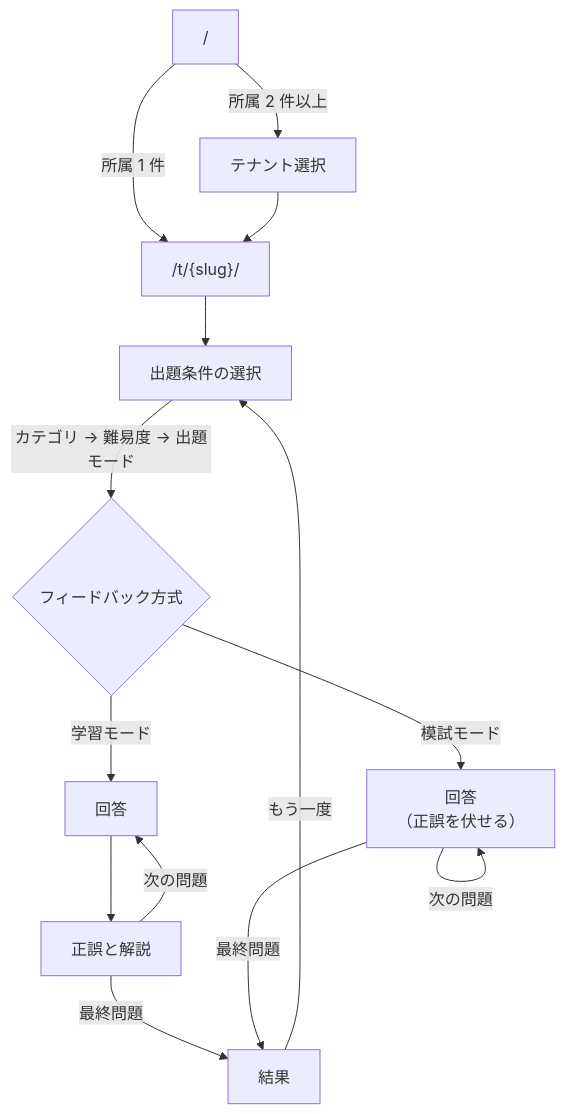
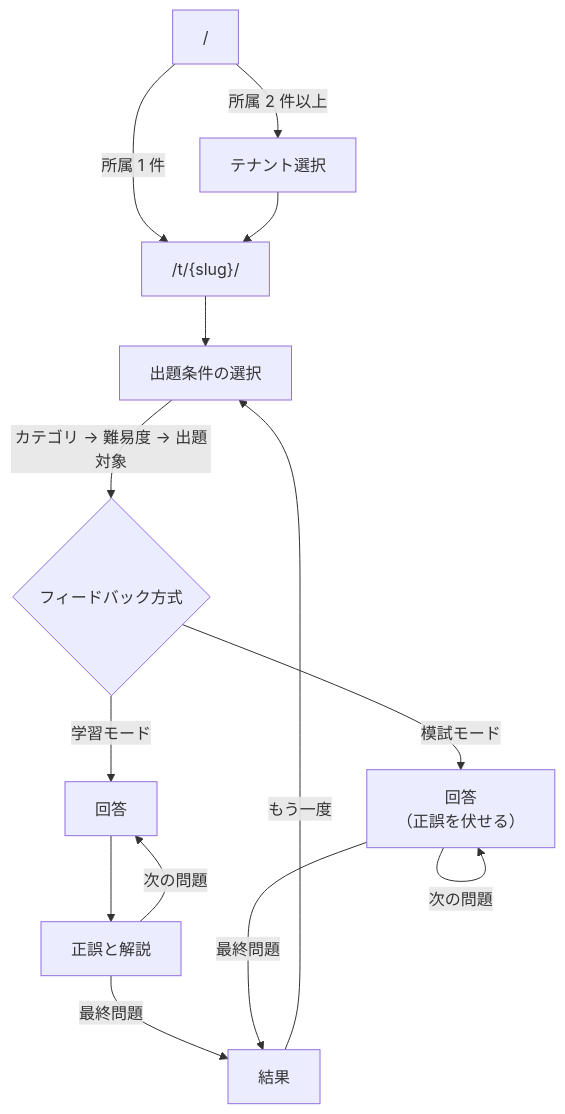
Before and after one commit to fujitamasayoshi0402/quiz-app: the first of 3 diagrams in docs/requirements.md, drawn with Mermaid. The commit also changed other lines of this file and 2 other files, not shown here.

````diff
--- a/docs/requirements.md
+++ b/docs/requirements.md
@@ -131,16 +131,16 @@
 ```mermaid
 flowchart TD
     Root["/"] -->|所属 1 件| TenantTop["/t/{slug}/"]
     Root -->|所属 2 件以上| Select[テナント選択]
     Select --> TenantTop
     TenantTop --> Play["出題条件の選択"]
-    Play -->|カテゴリ → 難易度 → 出題モード| Mode{"フィードバック方式"}
+    Play -->|カテゴリ → 難易度 → 出題対象| Mode{"フィードバック方式"}
     Mode -->|学習モード| Learn["回答"]
     Learn --> Judge["正誤と解説"]
     Judge -->|次の問題| Learn
     Judge -->|最終問題| Result["結果"]
     Mode -->|模試モード| Exam["回答<br/>（正誤を伏せる）"]
     Exam -->|次の問題| Exam
     Exam -->|最終問題| Result
     Result -->|もう一度| Play
 ```
````
